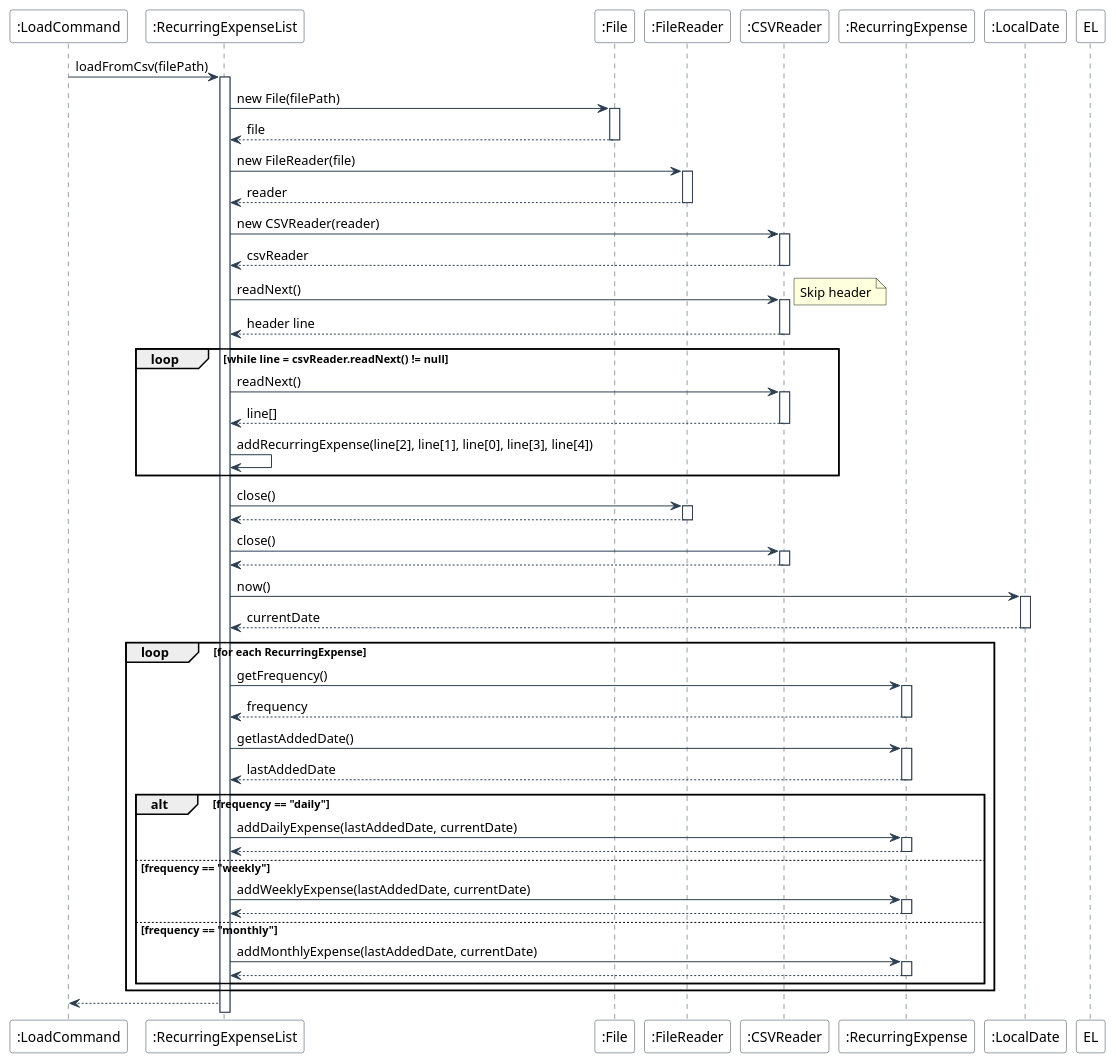
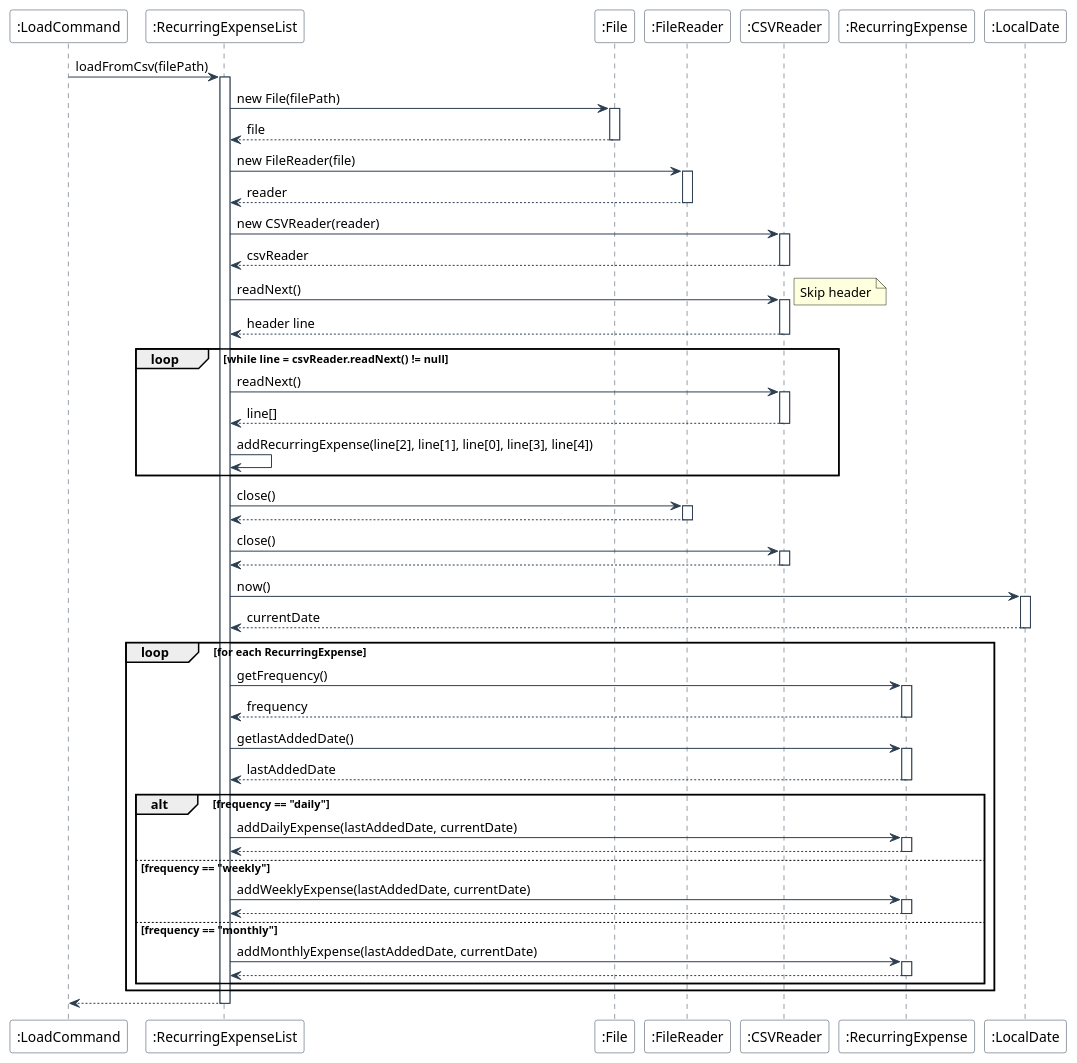
The diagram in docs/diagrams/plantuml/RecurringExpenseLoadFromCsvSequence.puml (nus-cs2113-AY2425S1/tp), drawn with PlantUML before and after one commit. The commit also changed 1 other file, not shown here.

Commit message:
Fix typo in sequence diagram

```diff
--- a/docs/diagrams/plantuml/RecurringExpenseLoadFromCsvSequence.puml
+++ b/docs/diagrams/plantuml/RecurringExpenseLoadFromCsvSequence.puml
@@ -1,97 +1,97 @@
 @startuml
 skinparam backgroundColor #FFFFFF
 skinparam sequence {
     ArrowColor #2C3E50
     LifeLineBorderColor #2C3E50
     ParticipantBorderColor #2C3E50
     ParticipantBackgroundColor #FFFFFF
 }
 
 participant ":LoadCommand" as LC
 participant ":RecurringExpenseList" as REL
 participant ":File" as F
 participant ":FileReader" as FR
 participant ":CSVReader" as CSV
 participant ":RecurringExpense" as RE
 participant ":LocalDate" as LD
 
 LC -> REL: loadFromCsv(filePath)
 activate REL
 
 REL -> F: new File(filePath)
 activate F
 F --> REL: file
 deactivate F
 
 REL -> FR: new FileReader(file)
 activate FR
 FR --> REL: reader
 deactivate FR
 
 REL -> CSV: new CSVReader(reader)
 activate CSV
 CSV --> REL: csvReader
 deactivate CSV
 
 REL -> CSV: readNext()
 activate CSV
 note right: Skip header
 CSV --> REL: header line
 deactivate CSV
 
 loop while line = csvReader.readNext() != null
     REL -> CSV: readNext()
     activate CSV
     CSV --> REL: line[]
     deactivate CSV
     
     REL -> REL: addRecurringExpense(line[2], line[1], line[0], line[3], line[4])
 end
 
 REL -> FR: close()
 activate FR
 FR --> REL
 deactivate FR
 
 REL -> CSV: close()
 activate CSV
 CSV --> REL
 deactivate CSV
 
 REL -> LD: now()
 activate LD
 LD --> REL: currentDate
 deactivate LD
 
 loop for each RecurringExpense
     REL -> RE: getFrequency()
     activate RE
     RE --> REL: frequency
     deactivate RE
     
     REL -> RE: getlastAddedDate()
     activate RE
     RE --> REL: lastAddedDate
     deactivate RE
     
     alt frequency == "daily"
         REL -> RE: addDailyExpense(lastAddedDate, currentDate)
         activate RE
         RE --> REL
         deactivate RE
     else frequency == "weekly"
         REL -> RE: addWeeklyExpense(lastAddedDate, currentDate)
         activate RE
         RE --> REL
         deactivate RE
     else frequency == "monthly"
         REL -> RE: addMonthlyExpense(lastAddedDate, currentDate)
         activate RE
         RE --> REL
         deactivate RE
     end
 end
 
 REL --> LC
-deactivate EL
+deactivate REL
 @enduml
```
